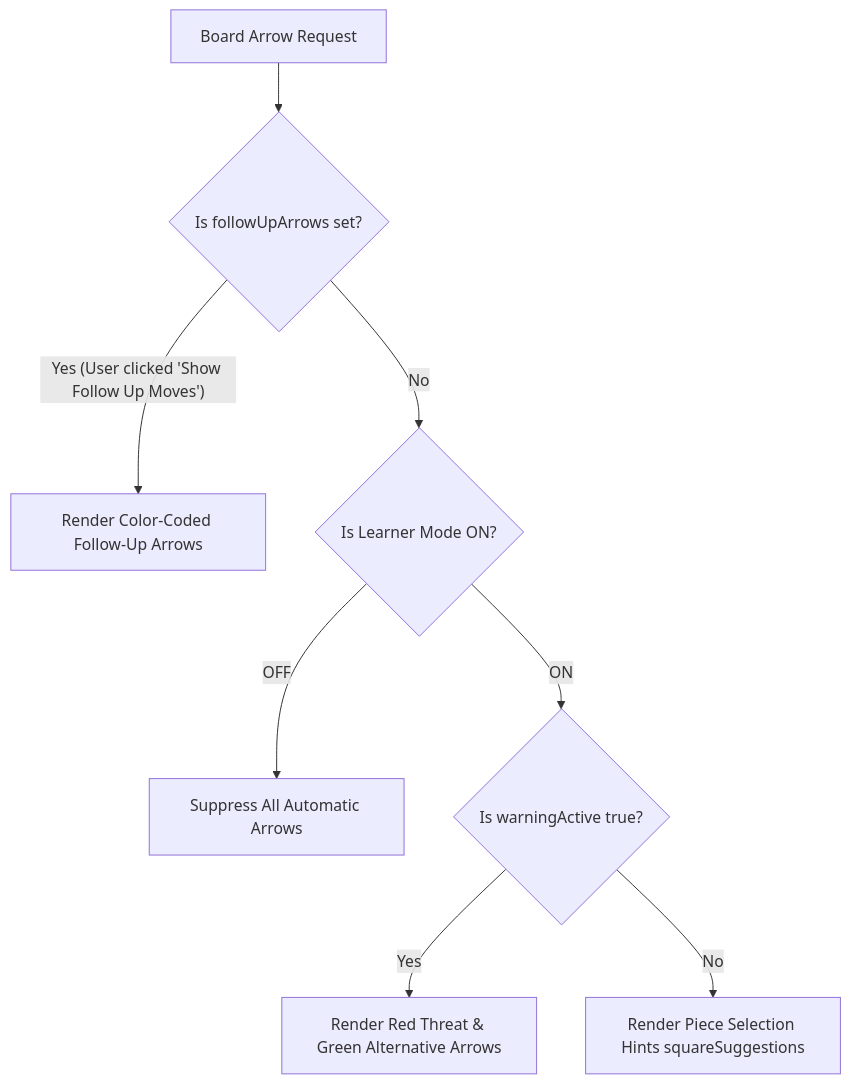
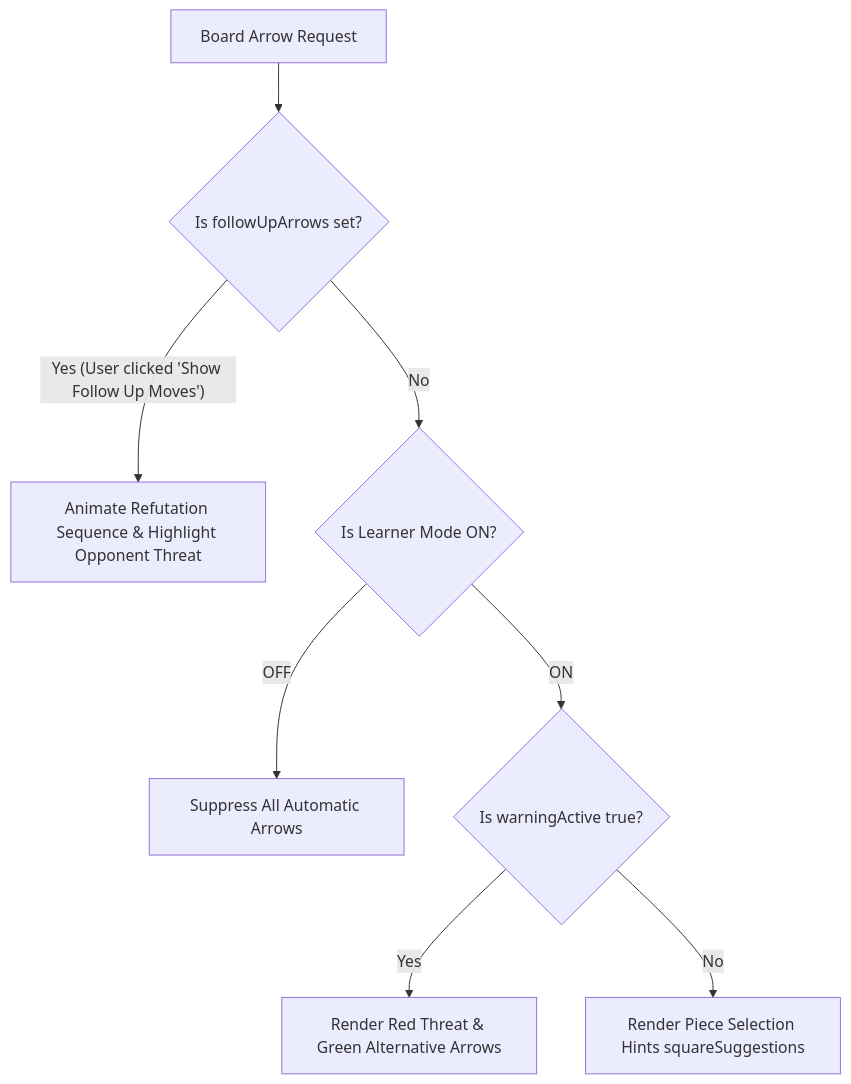
The fifth of 6 diagrams in ARCHITECTURE.md (janhavi-28/chess-game), drawn with Mermaid before and after one commit. The commit also changed other lines of this file and 1 other file, not shown here.

Commit message:
docs: update PRD and Architecture for Show Follow Up Moves

````diff
--- a/ARCHITECTURE.md
+++ b/ARCHITECTURE.md
@@ -126,10 +126,10 @@
 ```mermaid
 flowchart TD
     A[Board Arrow Request] --> B{Is followUpArrows set?}
-    B -- Yes (User clicked 'Show Follow Up Moves') --> C[Render Color-Coded Follow-Up Arrows]
+    B -- Yes (User clicked 'Show Follow Up Moves') --> C[Animate Refutation Sequence & Highlight Opponent Threat]
     B -- No --> D{Is Learner Mode ON?}
     D -- OFF --> E[Suppress All Automatic Arrows]
     D -- ON --> F{Is warningActive true?}
     F -- Yes --> G[Render Red Threat & Green Alternative Arrows]
     F -- No --> H[Render Piece Selection Hints squareSuggestions]
 ```
````
